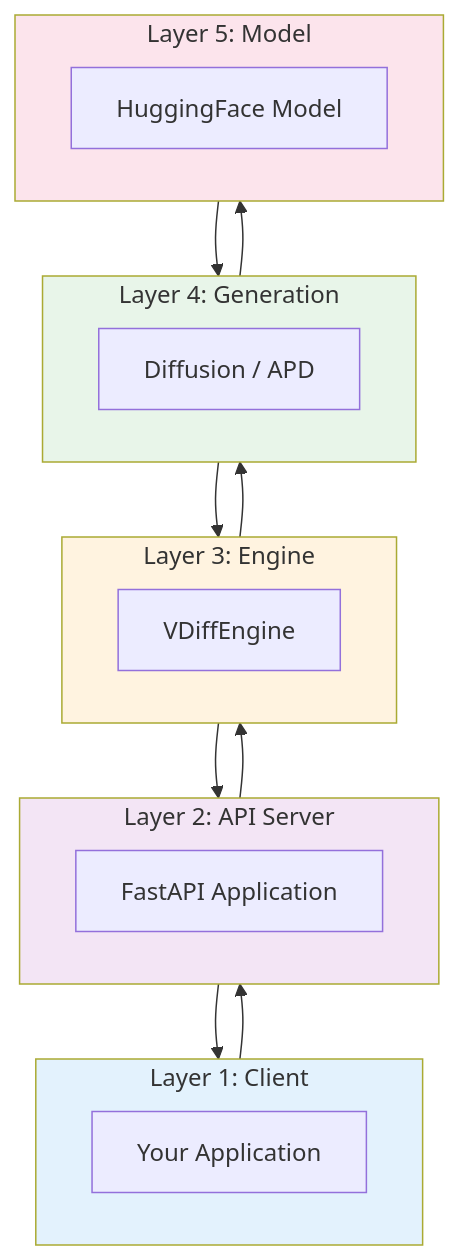
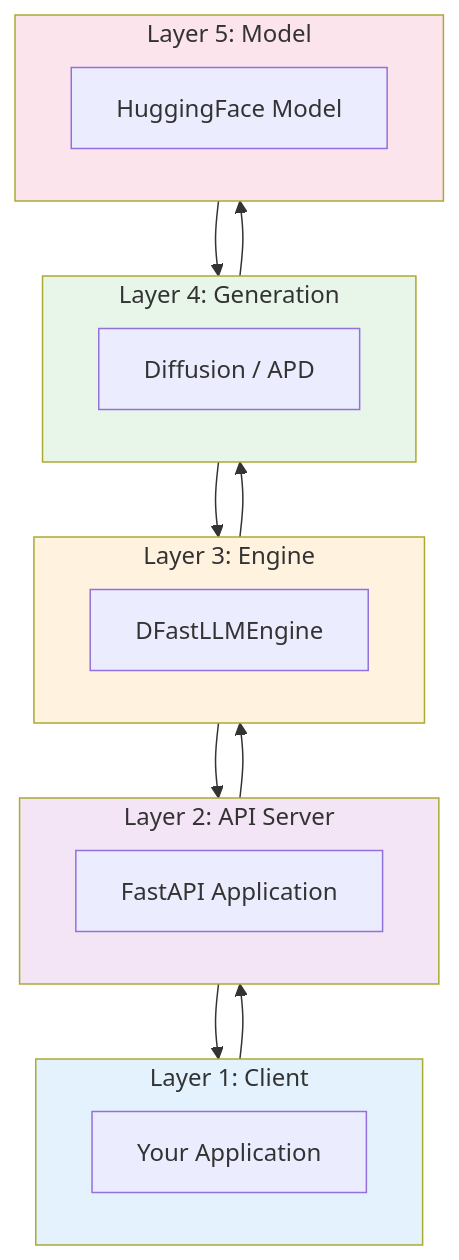
Before and after one commit to mwaykole/vdiff: the first of 16 diagrams in docs/dev-doc/02-architecture.md, drawn with Mermaid. The commit also changed other lines of this file and 53 other files, not shown here.

````diff
--- a/docs/dev-doc/02-architecture.md
+++ b/docs/dev-doc/02-architecture.md
@@ -9,31 +9,31 @@
 ```mermaid
 flowchart TB
     subgraph L1["Layer 1: Client"]
         CLIENT[Your Application]
     end
     
     subgraph L2["Layer 2: API Server"]
         FASTAPI[FastAPI Application]
     end
     
     subgraph L3["Layer 3: Engine"]
-        ENGINE[VDiffEngine]
+        ENGINE[DFastLLMEngine]
     end
     
     subgraph L4["Layer 4: Generation"]
         GEN[Diffusion / APD]
     end
     
     subgraph L5["Layer 5: Model"]
         MODEL[HuggingFace Model]
     end
     
     L1 --> L2 --> L3 --> L4 --> L5
     L5 --> L4 --> L3 --> L2 --> L1
     
     style L1 fill:#e3f2fd
     style L2 fill:#f3e5f5
     style L3 fill:#fff3e0
     style L4 fill:#e8f5e9
     style L5 fill:#fce4ec
 ```
````
